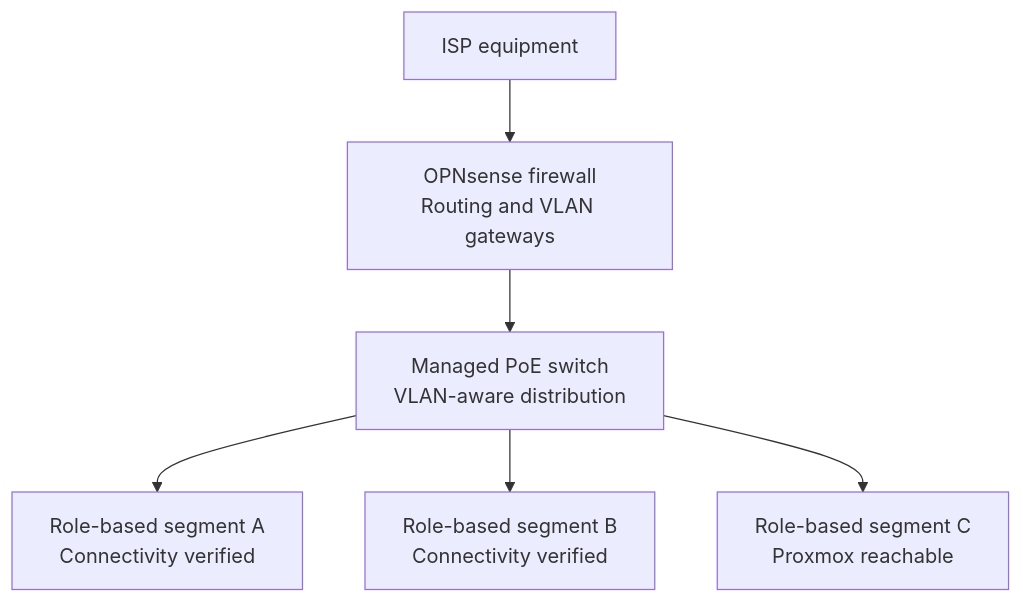
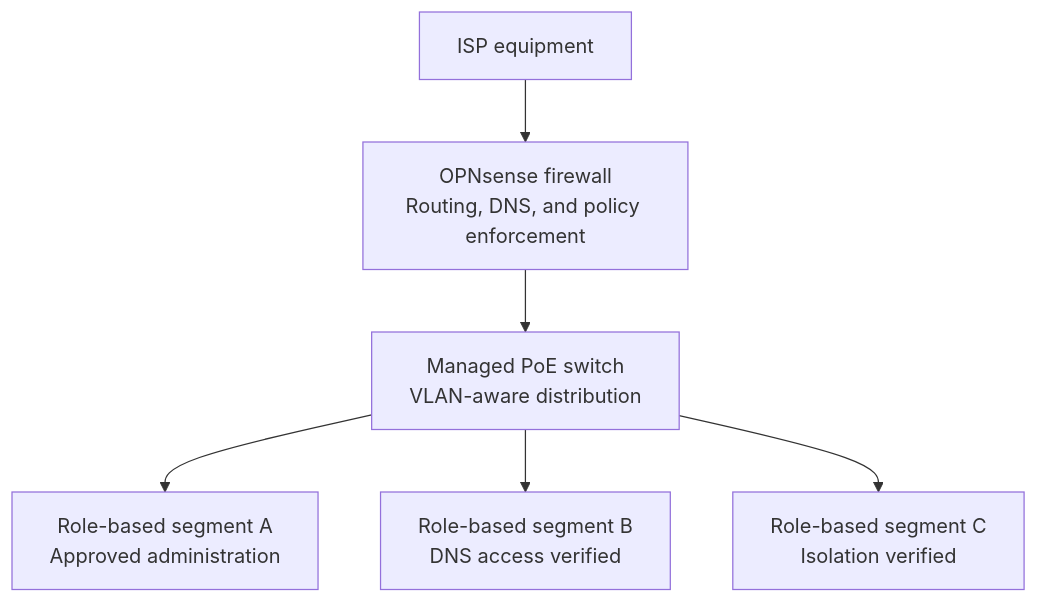
Before and after one commit to DeadPol8789/homelab: the first of 3 diagrams in docs/architecture.md, drawn with Mermaid. The commit also changed other lines of this file and 8 other files, not shown here.

````diff
--- a/docs/architecture.md
+++ b/docs/architecture.md
@@ -19,8 +19,8 @@
 ```mermaid
 flowchart TD
-    ISP["ISP equipment"] --> FW["OPNsense firewall<br/>Routing and VLAN gateways"]
+    ISP["ISP equipment"] --> FW["OPNsense firewall<br/>Routing, DNS, and policy enforcement"]
     FW --> SW["Managed PoE switch<br/>VLAN-aware distribution"]
-    SW --> SEG_A["Role-based segment A<br/>Connectivity verified"]
-    SW --> SEG_B["Role-based segment B<br/>Connectivity verified"]
-    SW --> SEG_C["Role-based segment C<br/>Proxmox reachable"]
+    SW --> SEG_A["Role-based segment A<br/>Approved administration"]
+    SW --> SEG_B["Role-based segment B<br/>DNS access verified"]
+    SW --> SEG_C["Role-based segment C<br/>Isolation verified"]
 ```
````
